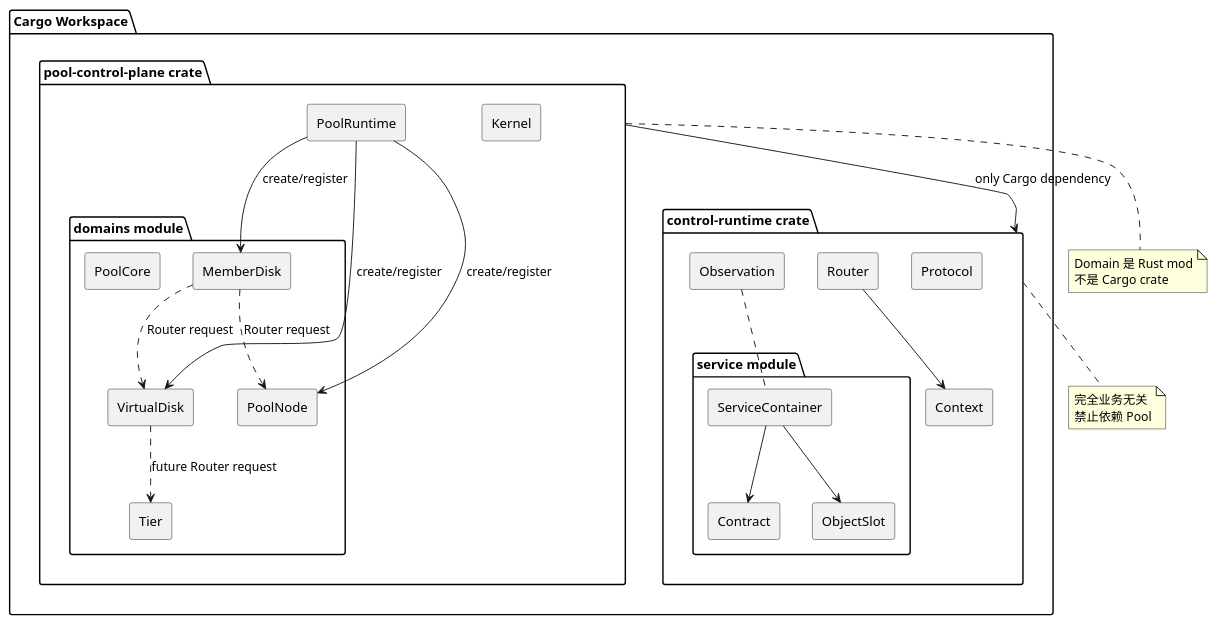
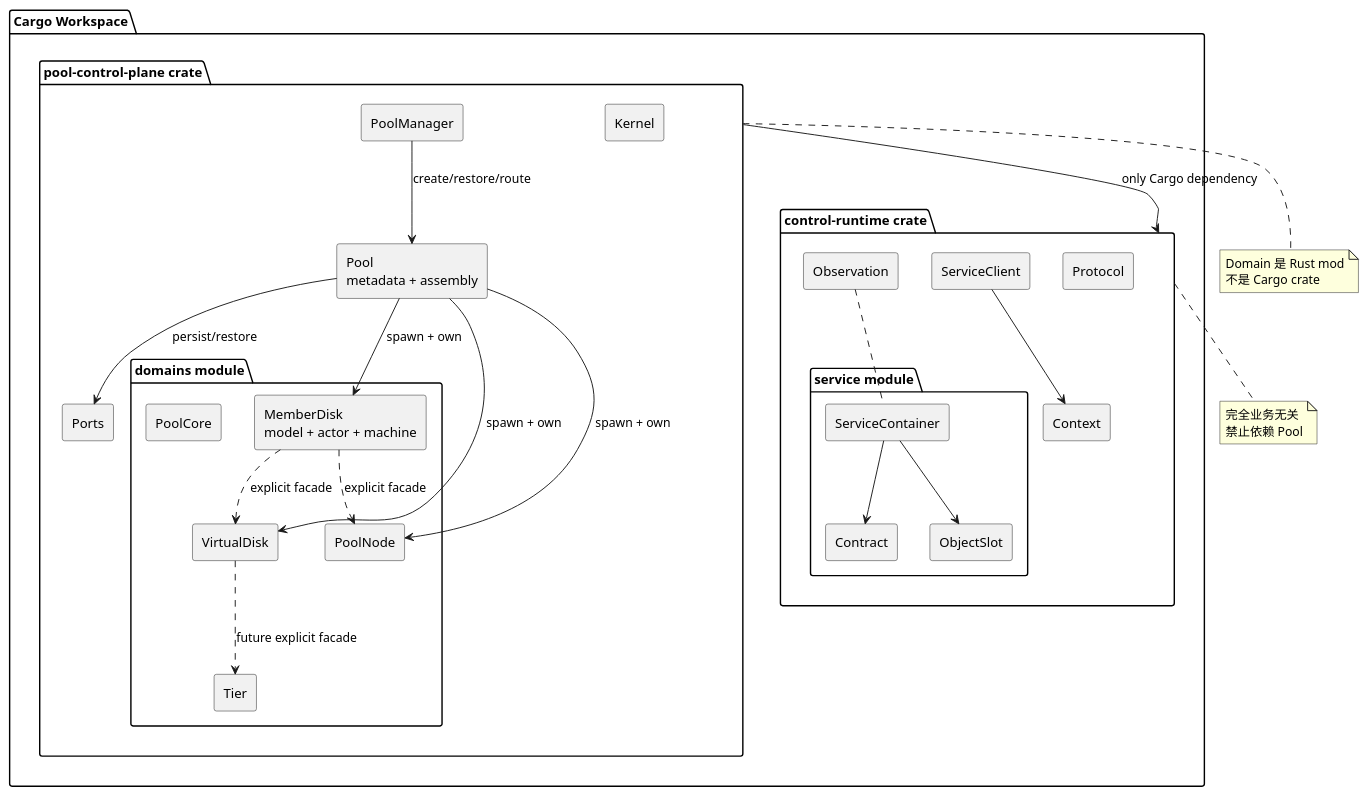
Before and after one commit to limushu/runtime: the diagram in pool-control-plane-baseline/diagrams/package-workspace-layout.puml, drawn with PlantUML. The commit also changed 70 other files, not shown here.

Commit message:
refactor: align runtime with pool domain model

```diff
--- a/pool-control-plane-baseline/diagrams/package-workspace-layout.puml
+++ b/pool-control-plane-baseline/diagrams/package-workspace-layout.puml
@@ -1,55 +1,59 @@
 @startuml
 skinparam backgroundColor white
 skinparam defaultFontName "Microsoft YaHei"
 skinparam shadowing false
 skinparam componentStyle rectangle
 
 package "Cargo Workspace" {
   package "control-runtime crate" as Runtime {
     component Protocol
     component Context
-    component Router
+    component ServiceClient
     component Observation
     package "service module" {
       component Contract
       component ServiceContainer
       component ObjectSlot
     }
   }
 
   package "pool-control-plane crate" as Pool {
     component Kernel
-    component PoolRuntime
+    component PoolManager
+    component "Pool\nmetadata + assembly" as PoolInstance
+    component Ports
     package "domains module" {
-      component MemberDisk
+      component "MemberDisk\nmodel + actor + machine" as MemberDisk
       component VirtualDisk
       component PoolNode
       component Tier
       component PoolCore
     }
   }
 }
 
 Pool --> Runtime : only Cargo dependency
-PoolRuntime --> MemberDisk : create/register
-PoolRuntime --> VirtualDisk : create/register
-PoolRuntime --> PoolNode : create/register
-MemberDisk ..> VirtualDisk : Router request
-MemberDisk ..> PoolNode : Router request
-VirtualDisk ..> Tier : future Router request
+PoolManager --> PoolInstance : create/restore/route
+PoolInstance --> MemberDisk : spawn + own
+PoolInstance --> VirtualDisk : spawn + own
+PoolInstance --> PoolNode : spawn + own
+PoolInstance --> Ports : persist/restore
+MemberDisk ..> VirtualDisk : explicit facade
+MemberDisk ..> PoolNode : explicit facade
+VirtualDisk ..> Tier : future explicit facade
 
 ServiceContainer --> Contract
 ServiceContainer --> ObjectSlot
-Router --> Context
+ServiceClient --> Context
 Observation .. ServiceContainer
 
 note bottom of Pool
 Domain 是 Rust mod
 不是 Cargo crate
 end note
 
 note bottom of Runtime
 完全业务无关
 禁止依赖 Pool
 end note
 @enduml
```
